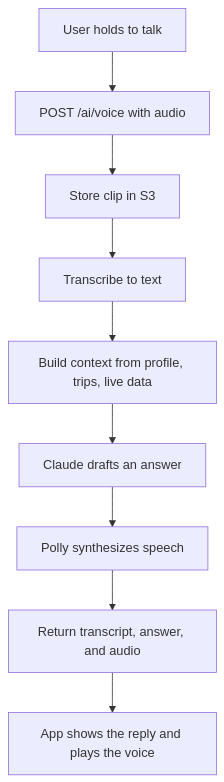
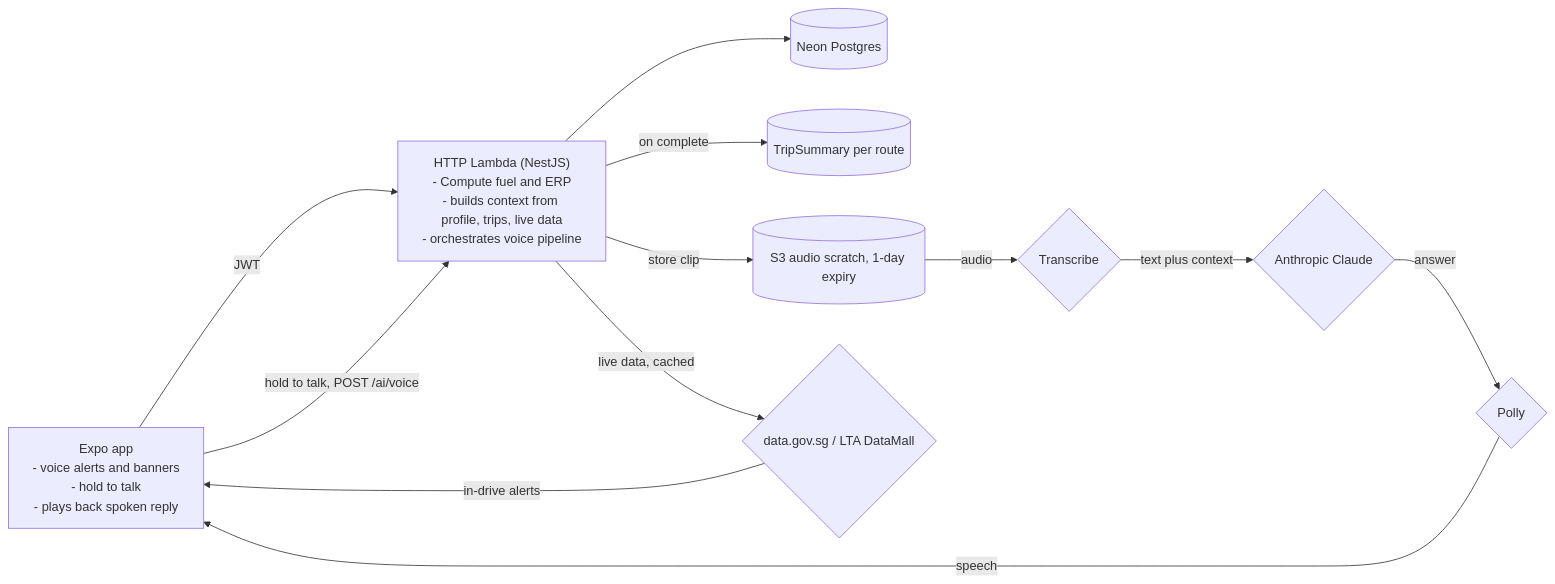
Before and after one commit to elleskay/drivebuddy: the fourth of 6 diagrams in README.md, drawn with Mermaid. The commit also changed other lines of this file, not shown here.

````diff
--- a/README.md
+++ b/README.md
@@ -114,11 +204,23 @@
 ```mermaid
-flowchart TD
-    Talk[User holds to talk] --> Post[POST /ai/voice with audio]
-    Post --> StoreClip[Store clip in S3]
-    StoreClip --> STT[Transcribe to text]
-    STT --> Ctx[Build context from profile, trips, live data]
-    Ctx --> LLM[Claude drafts an answer]
-    LLM --> TTS[Polly synthesizes speech]
-    TTS --> Reply[Return transcript, answer, and audio]
-    Reply --> Play[App shows the reply and plays the voice]
+flowchart LR
+  App["Expo app<br/>- voice alerts and banners<br/>- hold to talk<br/>- plays back spoken reply"]
+  API["HTTP Lambda (NestJS)<br/>- Compute fuel and ERP<br/>- builds context from profile, trips, live data<br/>- orchestrates voice pipeline"]
+  Neon[("Neon Postgres")]
+  Summary[("TripSummary per route")]
+  Clip[("S3 audio scratch, 1-day expiry")]
+  LTA{"data.gov.sg / LTA DataMall"}
+  STT{"Transcribe"}
+  Claude{"Anthropic Claude"}
+  TTS{"Polly"}
+  App -->|JWT| API
+  API --> Neon
+  API -->|"live data, cached"| LTA
+  LTA -->|"in-drive alerts"| App
+  API -->|"on complete"| Summary
+  App -->|"hold to talk, POST /ai/voice"| API
+  API -->|"store clip"| Clip
+  Clip -->|"audio"| STT
+  STT -->|"text plus context"| Claude
+  Claude -->|"answer"| TTS
+  TTS -->|"speech"| App
 ```
````
